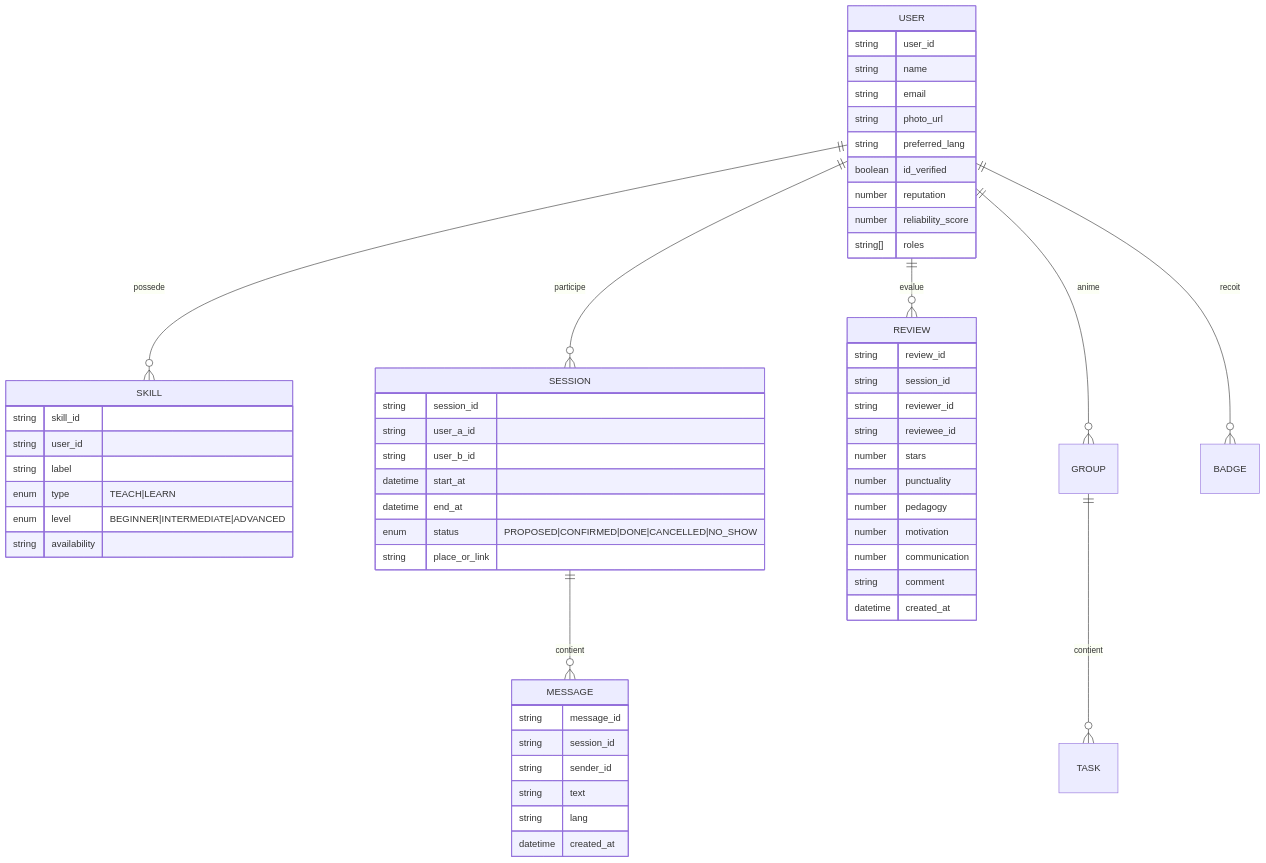
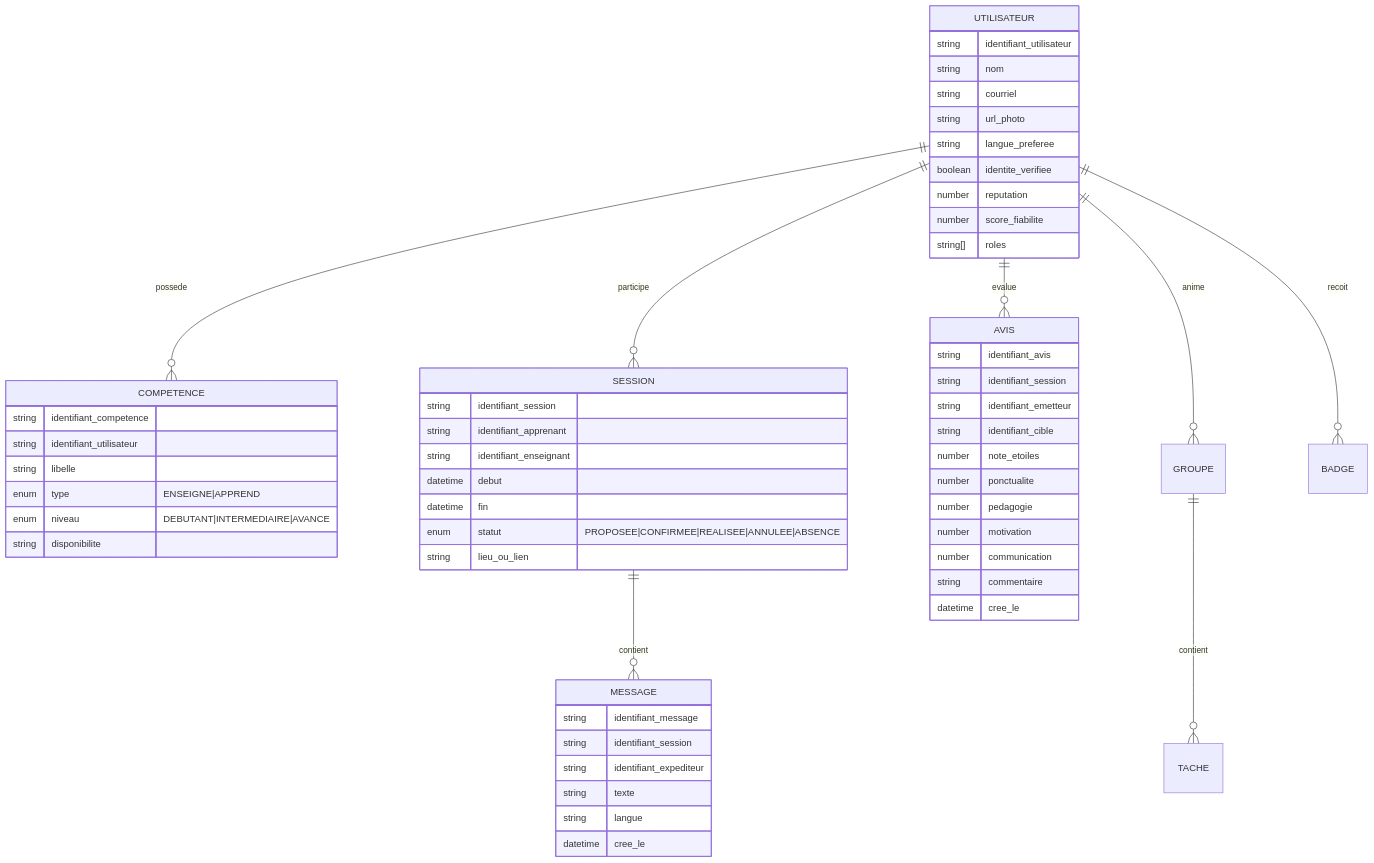
One commit to youcisla/SwapSkill changed the second of 8 diagrams in README.md. Above: the diagram before and after it, drawn with Mermaid. The commit also changed other lines of this file, not shown here.

````diff
--- a/README.md
+++ b/README.md
@@ -50,64 +50,64 @@
 ```mermaid
 erDiagram
-	USER ||--o{ SKILL : possede
-	USER ||--o{ SESSION : participe
+	UTILISATEUR ||--o{ COMPETENCE : possede
+	UTILISATEUR ||--o{ SESSION : participe
 	SESSION ||--o{ MESSAGE : contient
-	USER ||--o{ REVIEW : evalue
-	USER ||--o{ GROUP : anime
-	GROUP ||--o{ TASK : contient
-	USER ||--o{ BADGE : recoit
+	UTILISATEUR ||--o{ AVIS : evalue
+	UTILISATEUR ||--o{ GROUPE : anime
+	GROUPE ||--o{ TACHE : contient
+	UTILISATEUR ||--o{ BADGE : recoit
 
-	USER {
-		string user_id
-		string name
-		string email
-		string photo_url
-		string preferred_lang
-		boolean id_verified
+	UTILISATEUR {
+		string identifiant_utilisateur
+		string nom
+		string courriel
+		string url_photo
+		string langue_preferee
+		boolean identite_verifiee
 		number reputation
-		number reliability_score
+		number score_fiabilite
 		string[] roles
 	}
 
-	SKILL {
-		string skill_id
-		string user_id
-		string label
-		enum type "TEACH|LEARN"
-		enum level "BEGINNER|INTERMEDIATE|ADVANCED"
-		string availability
+	COMPETENCE {
+		string identifiant_competence
+		string identifiant_utilisateur
+		string libelle
+		enum type "ENSEIGNE|APPREND"
+		enum niveau "DEBUTANT|INTERMEDIAIRE|AVANCE"
+		string disponibilite
 	}
 
 	SESSION {
-		string session_id
-		string user_a_id
-		string user_b_id
-		datetime start_at
-		datetime end_at
-		enum status "PROPOSED|CONFIRMED|DONE|CANCELLED|NO_SHOW"
-		string place_or_link
+		string identifiant_session
+		string identifiant_apprenant
+		string identifiant_enseignant
+		datetime debut
+		datetime fin
+		enum statut "PROPOSEE|CONFIRMEE|REALISEE|ANNULEE|ABSENCE"
+		string lieu_ou_lien
 	}
 
 	MESSAGE {
-		string message_id
-		string session_id
-		string sender_id
-		string text
-		string lang
-		datetime created_at
+		string identifiant_message
+		string identifiant_session
+		string identifiant_expediteur
+		string texte
+		string langue
+		datetime cree_le
 	}
 
-	REVIEW {
-		string review_id
-		string session_id
-		string reviewer_id
-		string reviewee_id
-		number stars
-		number punctuality
-		number pedagogy
+	AVIS {
+		string identifiant_avis
+		string identifiant_session
+		string identifiant_emetteur
+		string identifiant_cible
+		number note_etoiles
+		number ponctualite
+		number pedagogie
 		number motivation
 		number communication
-		string comment
-		datetime created_at
+		string commentaire
+		datetime cree_le
 	}
 ```
````
